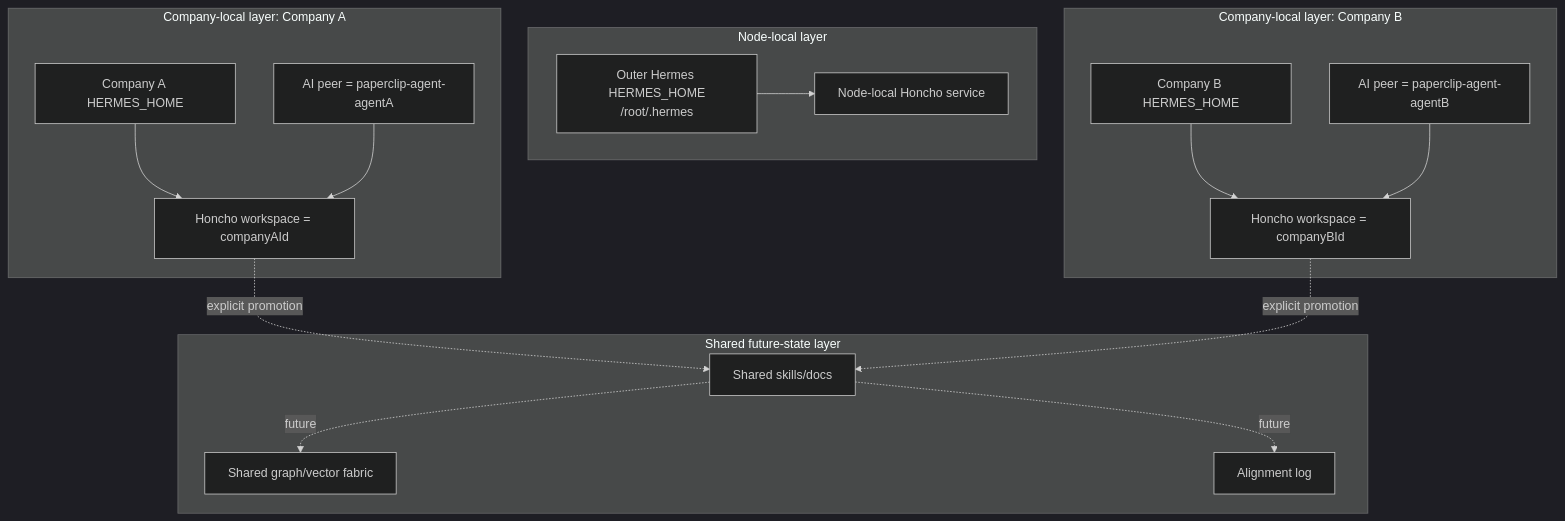
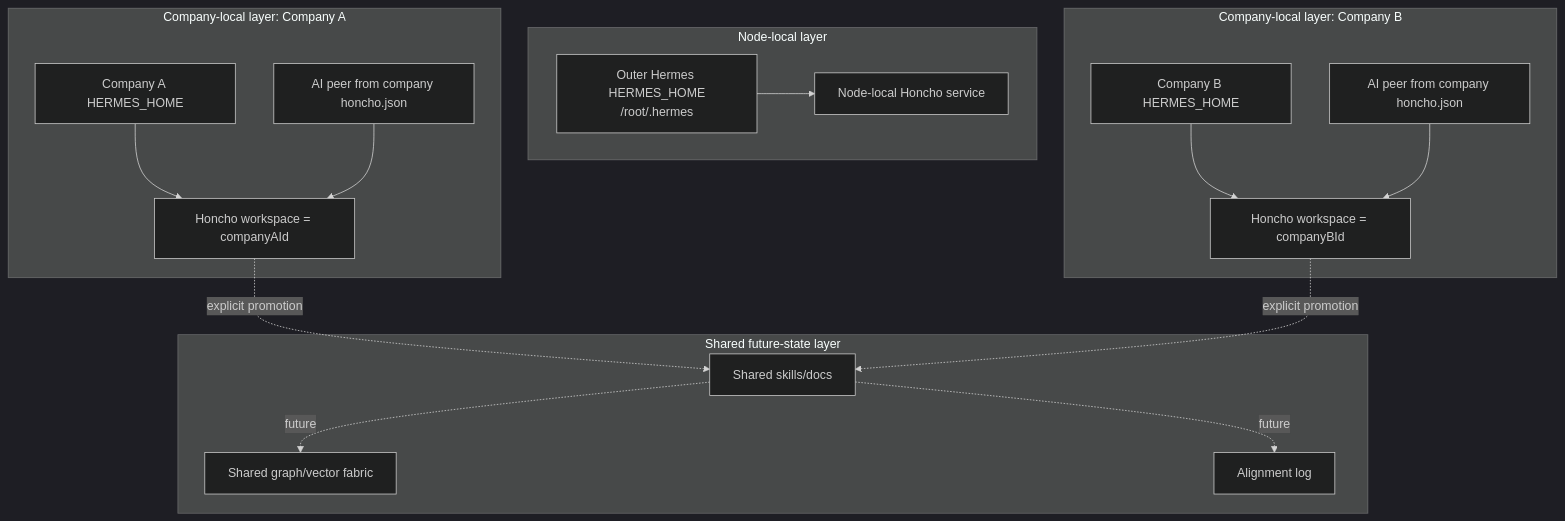
One commit to mdc159/studio54 changed the diagram in docs/architecture/canonical/node-growth-and-isolation.md. Above: the diagram before and after it, drawn with Mermaid (dark theme). The commit also changed other lines of this file and 3 other files, not shown here.

Commit message:
docs: qualify Honcho peer mapping caveat

````diff
--- a/docs/architecture/canonical/node-growth-and-isolation.md
+++ b/docs/architecture/canonical/node-growth-and-isolation.md
@@ -22,35 +25,35 @@
 ```mermaid
 flowchart TB
     subgraph Node["Node-local layer"]
         OH["Outer Hermes HERMES_HOME<br/>/root/.hermes"]
         NH["Node-local Honcho service"]
     end
 
     subgraph CompanyA["Company-local layer: Company A"]
         AHH["Company A HERMES_HOME"]
         AHW["Honcho workspace = companyAId"]
-        AHP["AI peer = paperclip-agent-agentA"]
+        AHP["AI peer from company honcho.json"]
     end
 
     subgraph CompanyB["Company-local layer: Company B"]
         BHH["Company B HERMES_HOME"]
         BHW["Honcho workspace = companyBId"]
-        BHP["AI peer = paperclip-agent-agentB"]
+        BHP["AI peer from company honcho.json"]
     end
 
     subgraph Future["Shared future-state layer"]
         SK["Shared skills/docs"]
         SG["Shared graph/vector fabric"]
         AL["Alignment log"]
     end
 
     OH --> NH
     AHH --> AHW
     AHP --> AHW
     BHH --> BHW
     BHP --> BHW
     AHW -. explicit promotion .-> SK
     BHW -. explicit promotion .-> SK
     SK -. future .-> SG
     SK -. future .-> AL
 ```
````
